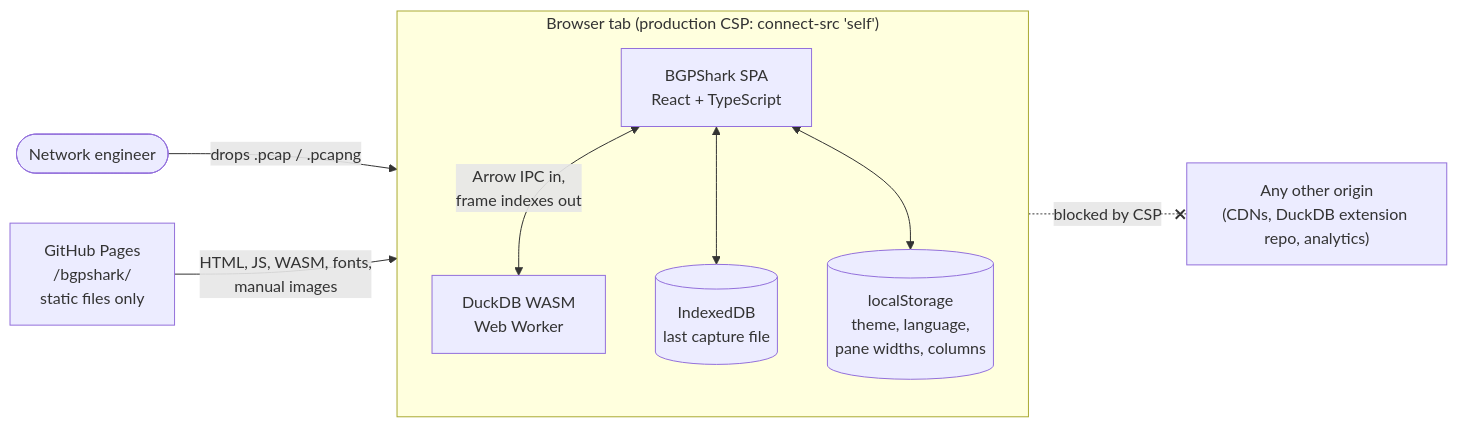
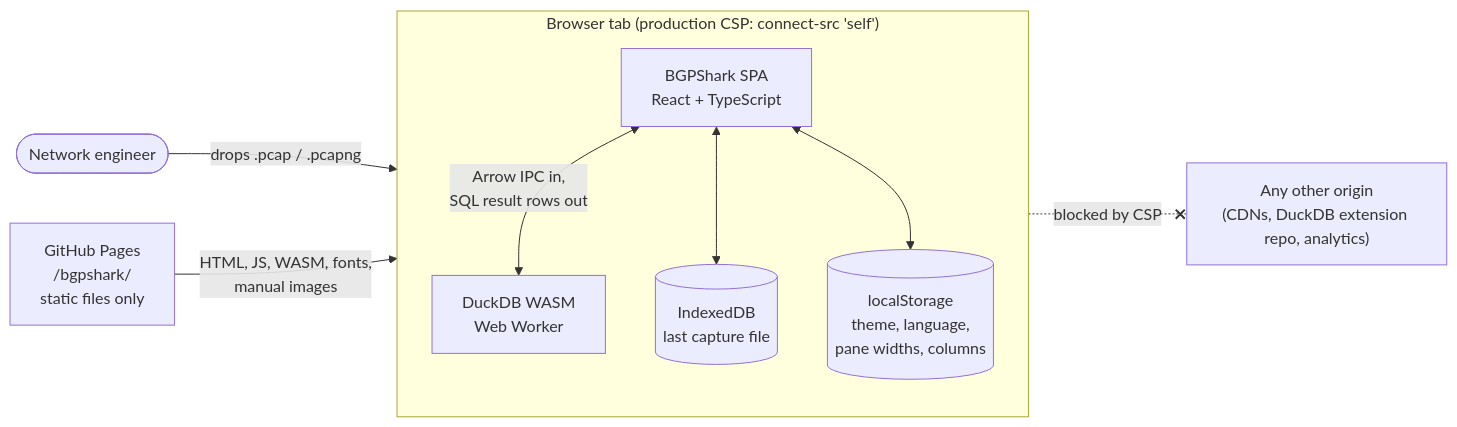
The first of 13 diagrams in docs/architecture.md (shmuto/bgpshark), drawn with Mermaid before and after one commit. The commit also changed other lines of this file and 8 other files, not shown here.

Commit message:
Docs: review and polish CLAUDE.md and architecture/design docs

````diff
--- a/docs/architecture.md
+++ b/docs/architecture.md
@@ -46,22 +46,22 @@
 ```mermaid
 flowchart LR
     user(["Network engineer"])
     pages["GitHub Pages<br/>/bgpshark/<br/>static files only"]
 
     subgraph browser["Browser tab (production CSP: connect-src 'self')"]
         direction TB
         app["BGPShark SPA<br/>React + TypeScript"]
         worker["DuckDB WASM<br/>Web Worker"]
         idb[("IndexedDB<br/>last capture file")]
         ls[("localStorage<br/>theme, language,<br/>pane widths, columns")]
-        app <-- "Arrow IPC in,<br/>frame indexes out" --> worker
+        app <-- "Arrow IPC in,<br/>SQL result rows out" --> worker
         app <--> idb
         app <--> ls
     end
 
     third["Any other origin<br/>(CDNs, DuckDB extension repo, analytics)"]
 
     user -- "drops .pcap / .pcapng" --> app
     pages -- "HTML, JS, WASM, fonts,<br/>manual images" --> app
     app -. "blocked by CSP" .-x third
 ```
````
